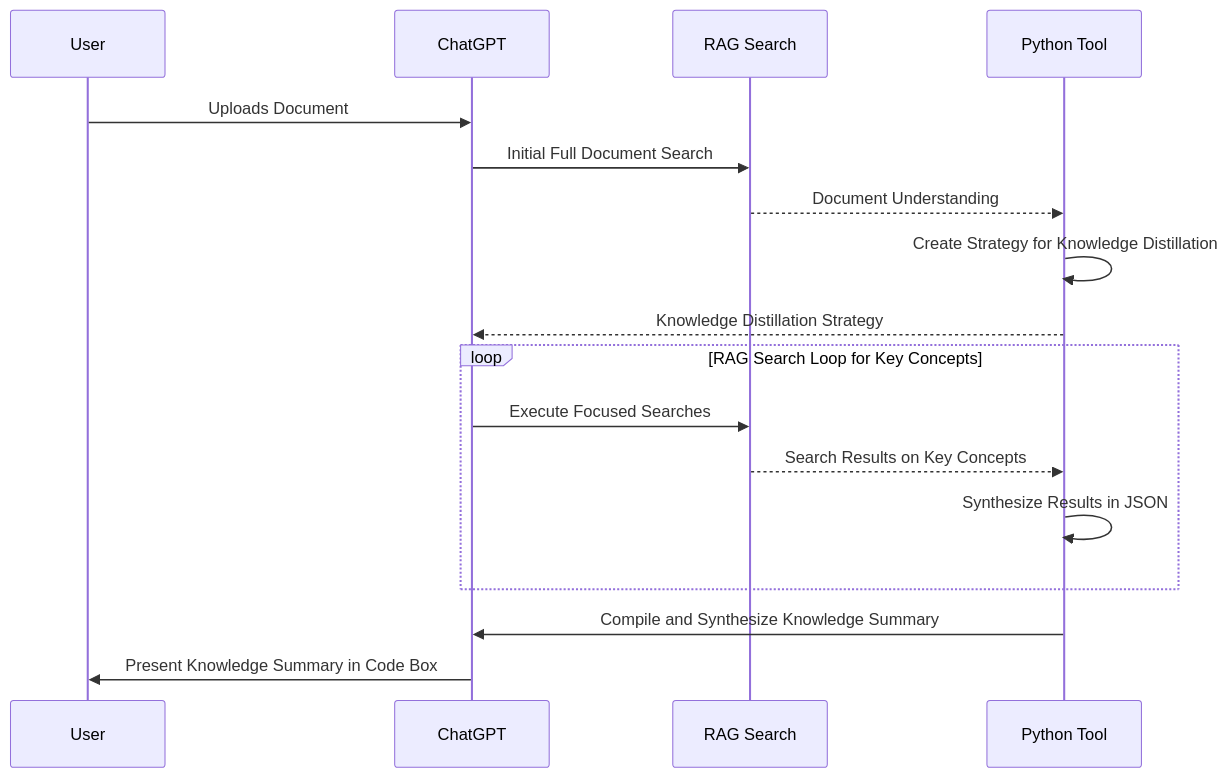
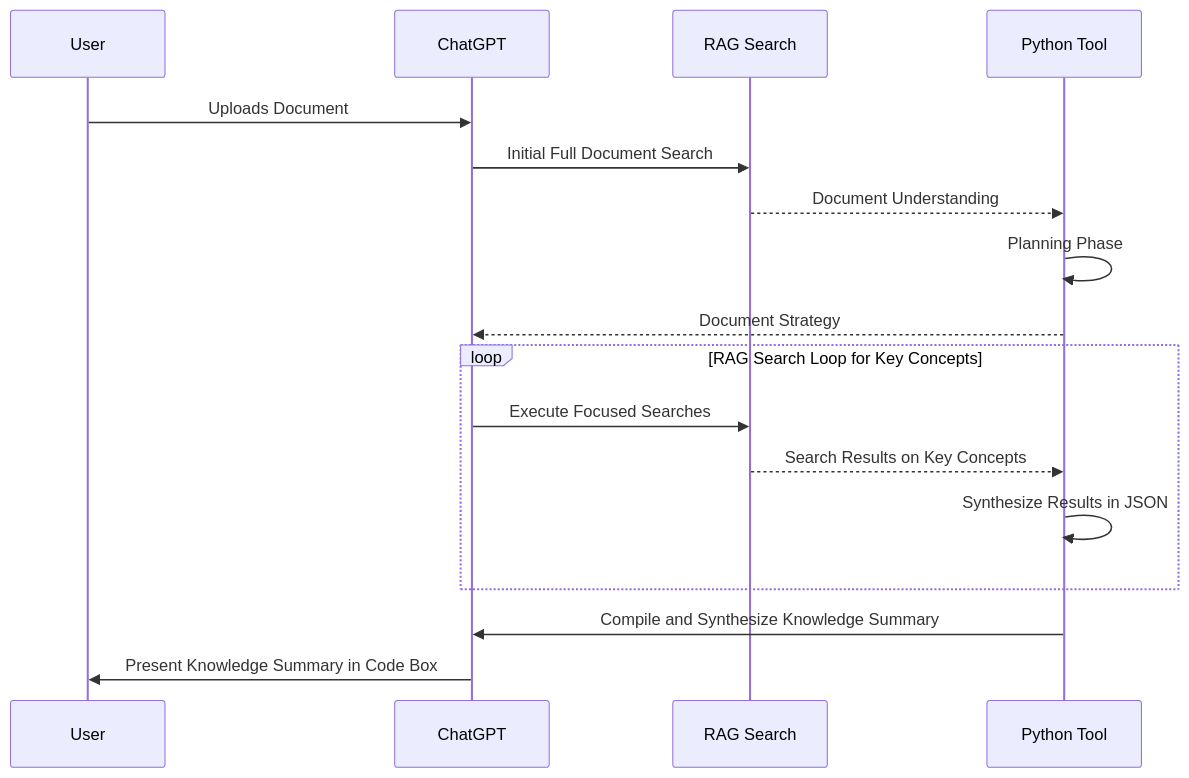
One commit to nerority/Advanced-GPTs changed the ninth of 11 diagrams in README.md. Above: the diagram before and after it, drawn with Mermaid. The commit also changed other lines of this file, not shown here.

````diff
--- a/README.md
+++ b/README.md
@@ -451,20 +451,20 @@
 ```mermaid
 sequenceDiagram
     participant User
     participant ChatGPT
     participant RAG as RAG Search
     participant PythonTool as Python Tool
 
     User->>ChatGPT: Uploads Document
     ChatGPT->>RAG: Initial Full Document Search
     RAG-->>PythonTool: Document Understanding
-    PythonTool->>PythonTool: Create Strategy for Knowledge Distillation
-    PythonTool-->>ChatGPT: Knowledge Distillation Strategy
+    PythonTool->>PythonTool: Planning Phase
+    PythonTool-->>ChatGPT: Document Strategy
     loop RAG Search Loop for Key Concepts
         ChatGPT->>RAG: Execute Focused Searches
         RAG-->>PythonTool: Search Results on Key Concepts
         PythonTool->>PythonTool: Synthesize Results in JSON
     end
     PythonTool->>ChatGPT: Compile and Synthesize Knowledge Summary
     ChatGPT->>User: Present Knowledge Summary in Code Box
 ```
````
